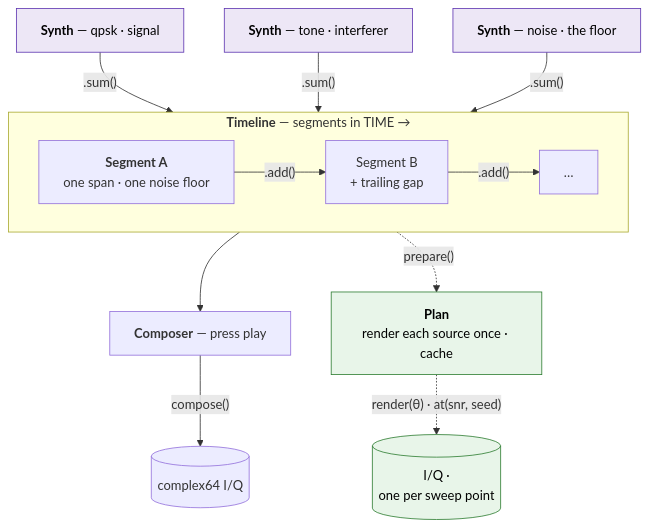
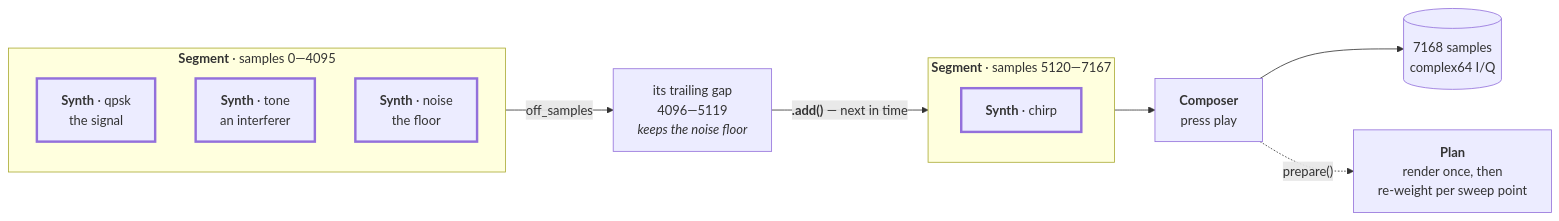
One commit to doppler-dsp/doppler changed the diagram in docs/guide/wfmgen/index.md. Above: the diagram before and after it, drawn with Mermaid. The commit also changed other lines of this file and 9 other files, not shown here.

````diff
--- a/docs/guide/wfmgen/index.md
+++ b/docs/guide/wfmgen/index.md
@@ -97,21 +50,22 @@
 ```mermaid
-flowchart TB
-    y1["<b>Synth</b> — qpsk · signal"]
-    y2["<b>Synth</b> — tone · interferer"]
-    y3["<b>Synth</b> — noise · the floor"]
-    subgraph TL["<b>Timeline</b> — segments in TIME →"]
-        direction LR
-        A["<b>Segment A</b><br/>one span · one noise floor"] -->|".add()"| B["Segment B<br/>+ trailing gap"] -->|".add()"| C["…"]
+flowchart LR
+    subgraph SEG1["<b>Segment</b> · samples 0—4095"]
+        direction TB
+        q["<b>Synth</b> · qpsk<br/>the signal"]
+        t["<b>Synth</b> · tone<br/>an interferer"]
+        n["<b>Synth</b> · noise<br/>the floor"]
     end
-    y1 & y2 & y3 -->|".sum()"| A
-    TL --> COMP["<b>Composer</b> — press play"]
-    COMP -->|"compose()"| IQ[("complex64 I/Q")]
+    GAP["its trailing gap<br/>4096—5119<br/><i>keeps the noise floor</i>"]
+    subgraph SEG2["<b>Segment</b> · samples 5120—7167"]
+        direction TB
+        c["<b>Synth</b> · chirp"]
+    end
+    SEG1 -->|"off_samples"| GAP
+    GAP -->|"<b>.add()</b> — next in time"| SEG2
+    SEG2 --> COMP["<b>Composer</b><br/>press play"]
+    COMP --> IQ[("7168 samples<br/>complex64 I/Q")]
+    COMP -. "prepare()" .-> PLAN["<b>Plan</b><br/>render once, then<br/>re-weight per sweep point"]
 
-    TL -. "prepare()" .-> PLAN["<b>Plan</b><br/>render each source once · cache"]
-    PLAN -. "render(θ) · at(snr, seed)" .-> SWEEP[("I/Q ·<br/>one per sweep point")]
-
-    classDef syn fill:#ede7f6,stroke:#5e35b1,color:#000;
-    classDef plan fill:#e8f5e9,stroke:#2e7d32,color:#000;
-    class y1,y2,y3 syn;
-    class PLAN,SWEEP plan;
+    classDef synth stroke-width:3px;
+    class q,t,n,c synth;
 ```
````
